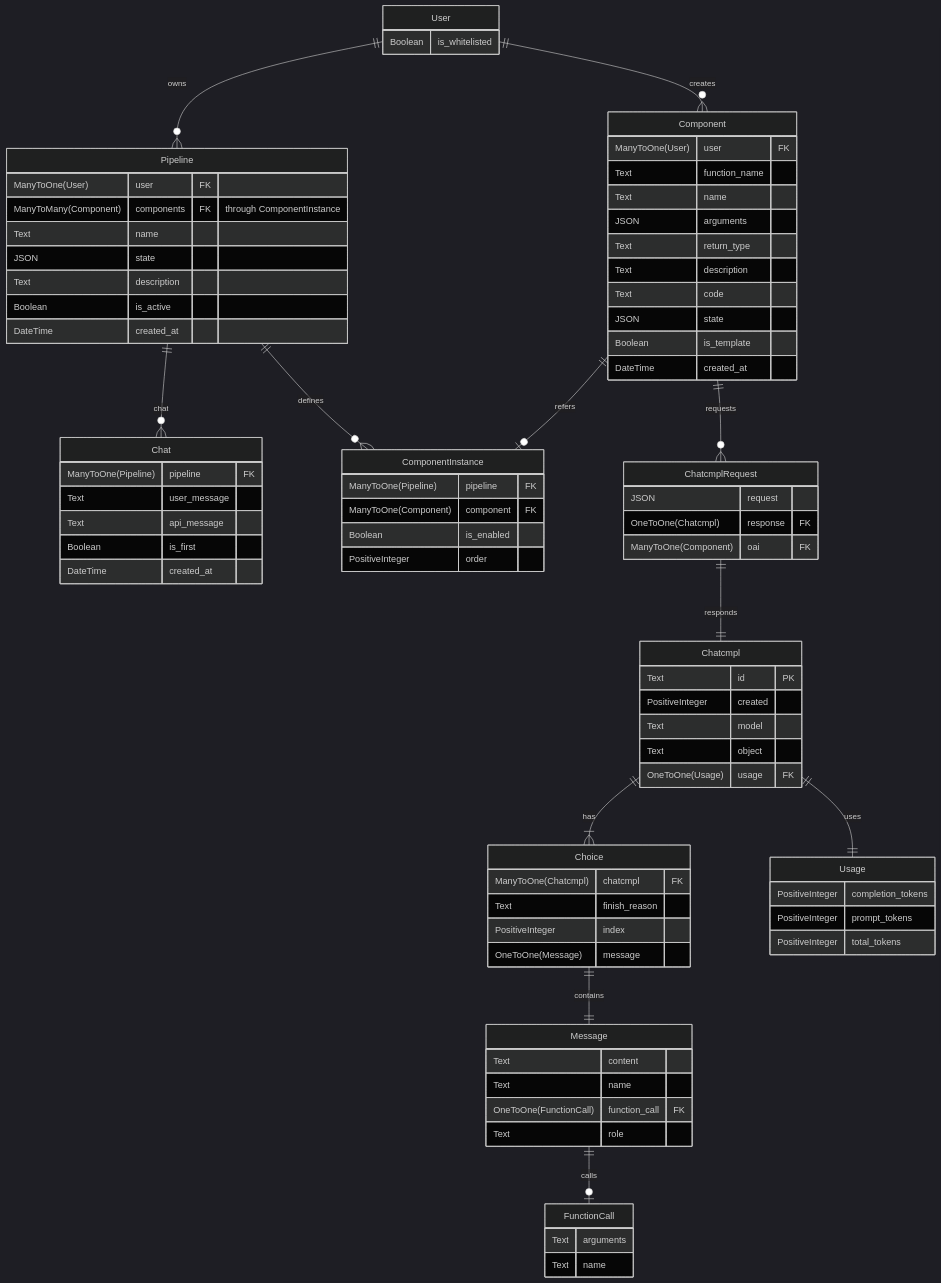
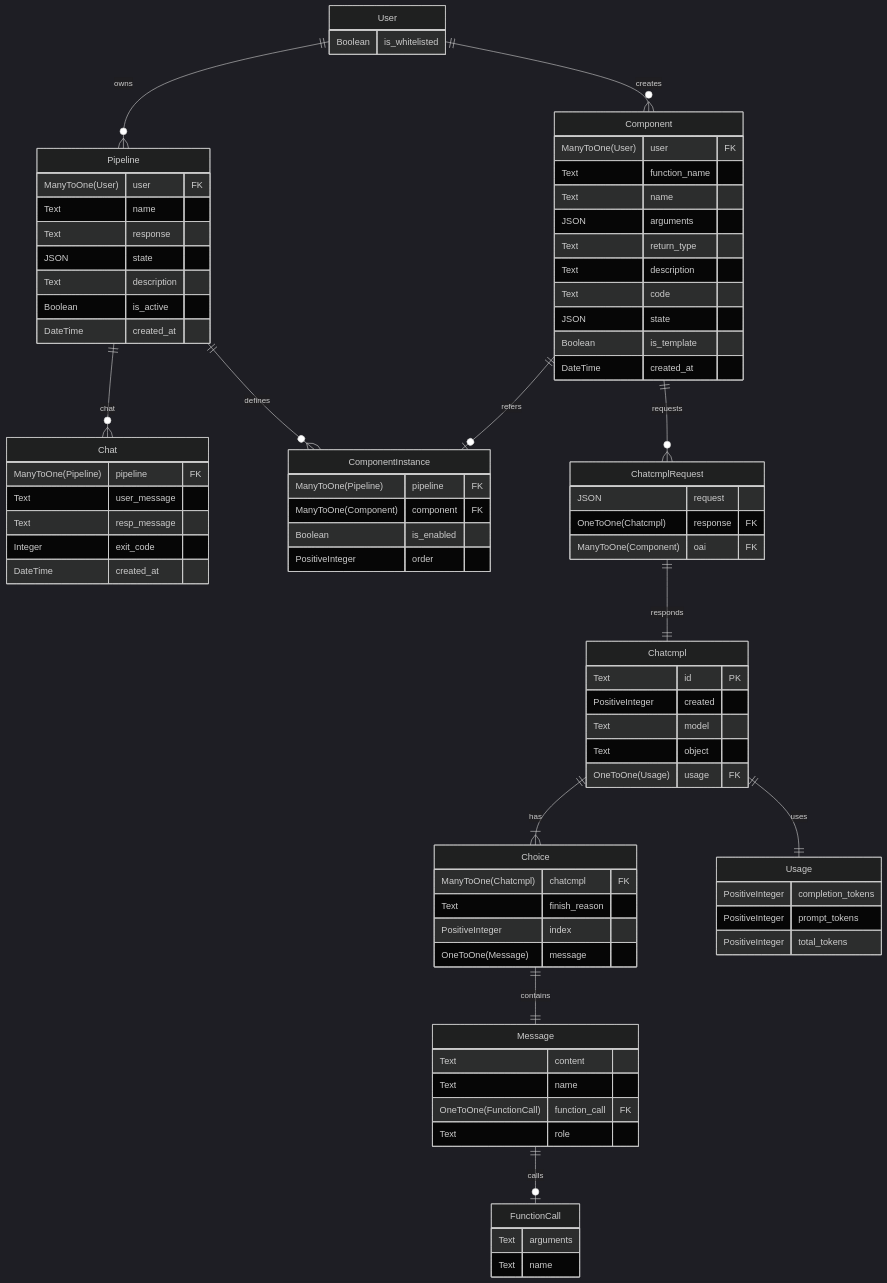
Before and after one commit to LioQing/chat-composer: the diagram in README.md, drawn with Mermaid (dark theme). The commit also changed 36 other files, not shown here.

```diff
--- a/README.md
+++ b/README.md
@@ -26,8 +26,8 @@
 
     Pipeline {
         ManyToOne(User) user FK
-        ManyToMany(Component) components FK "through ComponentInstance"
         Text name
+        Text response
         JSON state
         Text description
         Boolean is_active
@@ -37,8 +37,8 @@
     Chat {
         ManyToOne(Pipeline) pipeline FK
         Text user_message
-        Text api_message
-        Boolean is_first
+        Text resp_message
+        Integer exit_code
         DateTime created_at
     }
 
```
